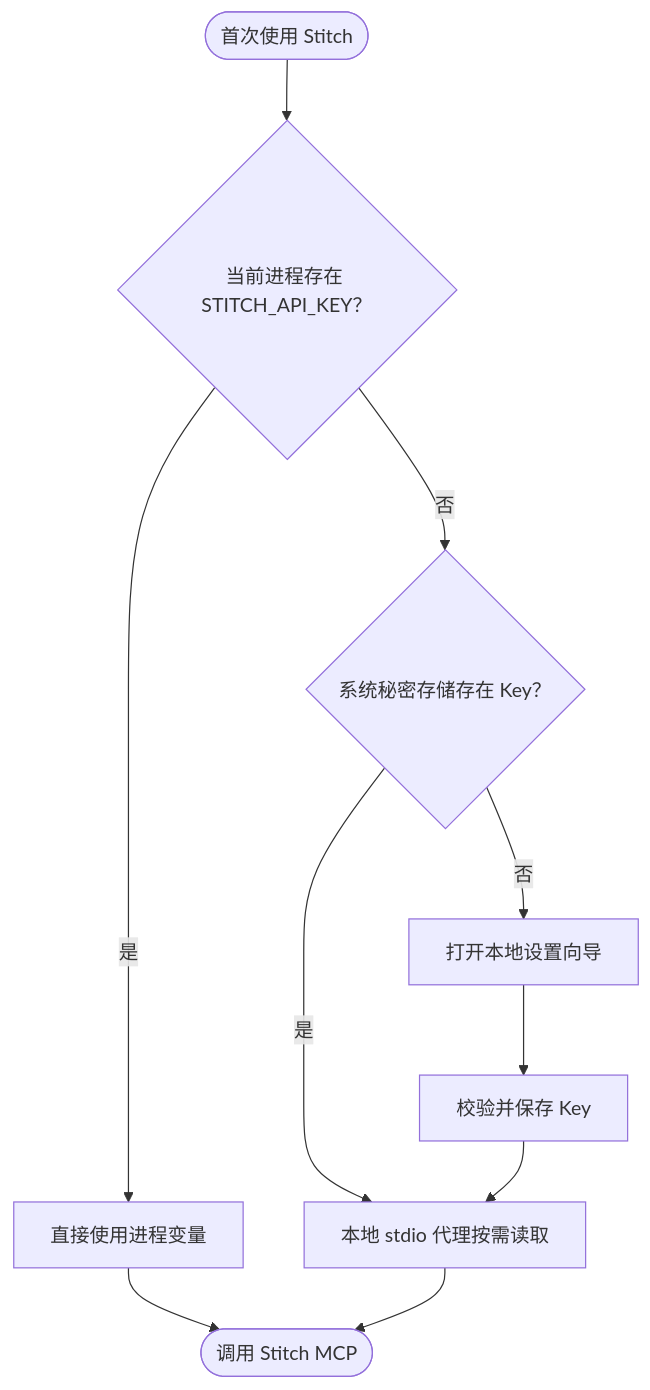
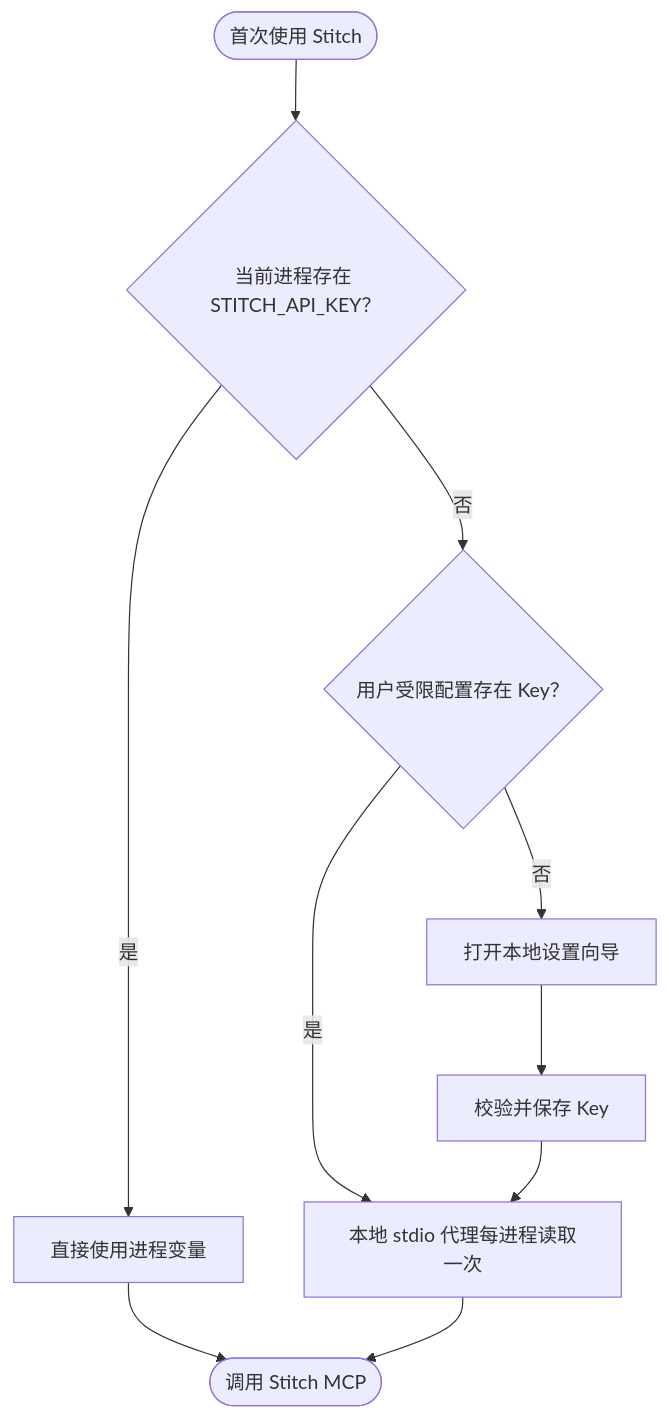
Before and after one commit to full-stack-plugins/stitch-design-plugin: the second of 6 diagrams in docs/Stitch-Design-Technical-Solution.zh_CN.md, drawn with Mermaid. The commit also changed other lines of this file and 20 other files, not shown here.

````diff
--- a/docs/Stitch-Design-Technical-Solution.zh_CN.md
+++ b/docs/Stitch-Design-Technical-Solution.zh_CN.md
@@ -69,12 +69,12 @@
 ```mermaid
 flowchart TD
     Start(["首次使用 Stitch"]) --> Env{"当前进程存在 STITCH_API_KEY？"}
     Env -->|是| Direct["直接使用进程变量"]
-    Env -->|否| Store{"系统秘密存储存在 Key？"}
-    Store -->|是| Inject["本地 stdio 代理按需读取"]
+    Env -->|否| Store{"用户受限配置存在 Key？"}
+    Store -->|是| Inject["本地 stdio 代理每进程读取一次"]
     Store -->|否| Wizard["打开本地设置向导"]
     Wizard --> Save["校验并保存 Key"]
     Save --> Inject
     Direct --> Ready(["调用 Stitch MCP"])
     Inject --> Ready
 ```
````
